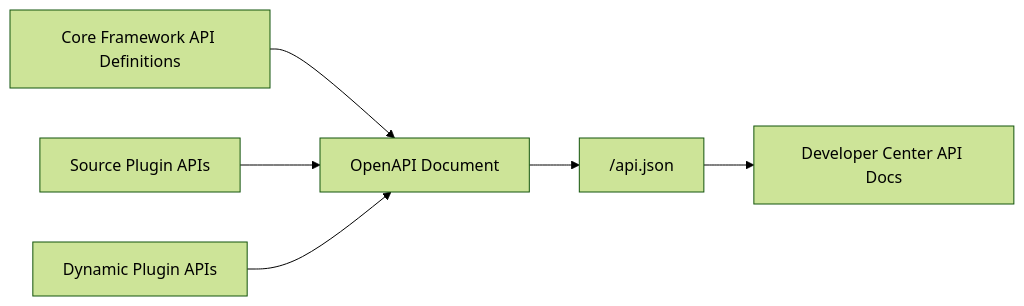
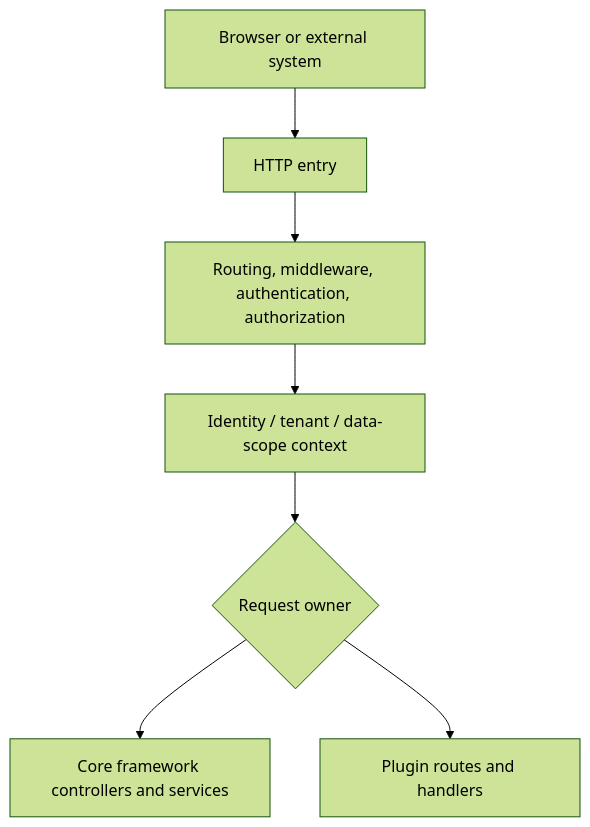
The diagram in apps/lina-site/i18n/en/docusaurus-plugin-content-docs/current/docs/2000-components/3000-core-host.md (linaproai/linapro-site), drawn with Mermaid (forest theme) before and after one commit. The commit also changed other lines of this file and 60 other files, not shown here.

````diff
--- a/apps/lina-site/i18n/en/docusaurus-plugin-content-docs/current/docs/2000-components/3000-core-host.md
+++ b/apps/lina-site/i18n/en/docusaurus-plugin-content-docs/current/docs/2000-components/3000-core-host.md
@@ -158,8 +59,9 @@
 ```mermaid
-flowchart LR
-    Host["Core Framework API Definitions"] --> Doc["OpenAPI Document"]
-    Source["Source Plugin APIs"] --> Doc
-    Dynamic["Dynamic Plugin APIs"] --> Doc
-    Doc --> JSON["/api.json"]
-    JSON --> Workbench["Developer Center API Docs"]
+flowchart TD
+    Client["Browser or external system"] --> Entry["HTTP entry"]
+    Entry --> Guard["Routing, middleware, authentication, authorization"]
+    Guard --> Context["Identity / tenant / data-scope context"]
+    Context --> Dispatch{"Request owner"}
+    Dispatch --> Core["Core framework controllers and services"]
+    Dispatch --> Plugin["Plugin routes and handlers"]
 ```
````
